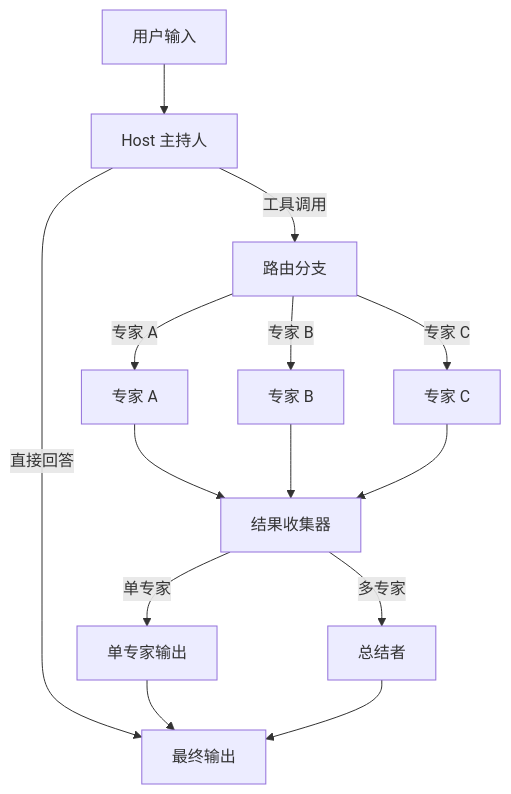
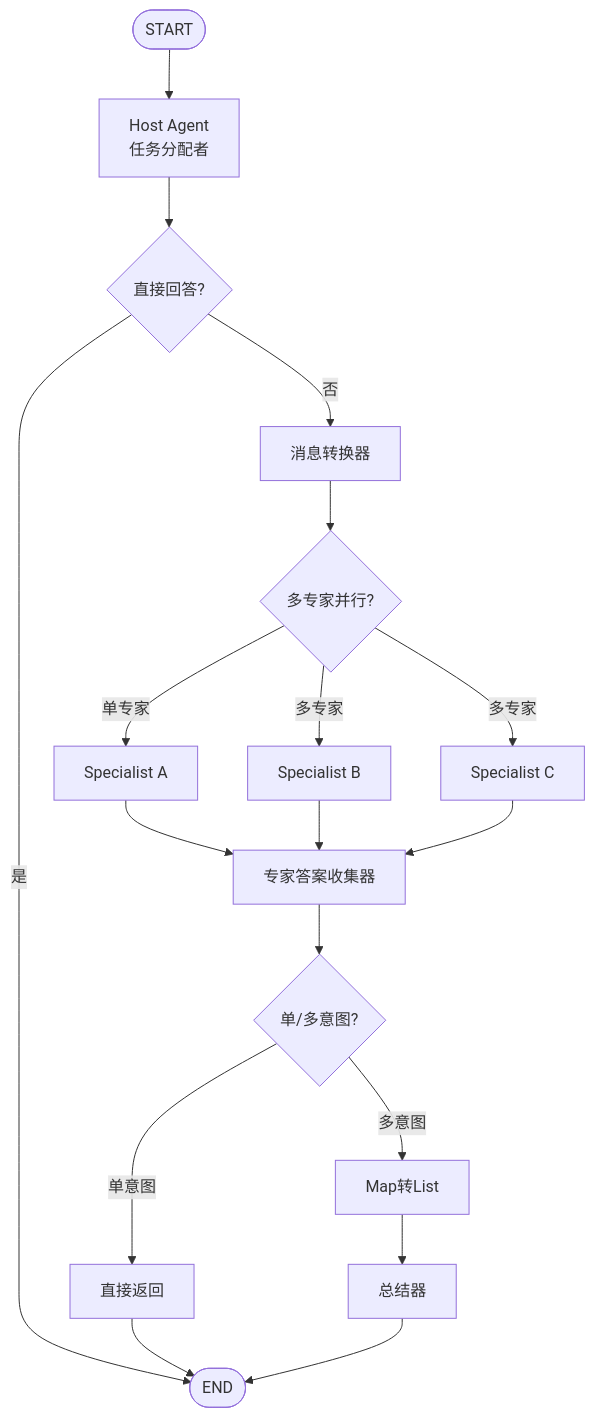
The first of 2 diagrams in public/eino-docs/Flow Multi-Agent Host.md (nerdneilsfield/code-wiki-pages), drawn with Mermaid before and after one commit. The commit also changed other lines of this file and 277 other files, not shown here.

````diff
--- a/public/eino-docs/Flow Multi-Agent Host.md
+++ b/public/eino-docs/Flow Multi-Agent Host.md
@@ -56,16 +63,20 @@
 ```mermaid
 graph TD
-    Input[用户输入] --> Host[Host 主持人]
-    Host -->|直接回答| End[最终输出]
-    Host -->|工具调用| Router[路由分支]
-    Router -->|专家 A| SpecialistA[专家 A]
-    Router -->|专家 B| SpecialistB[专家 B]
-    Router -->|专家 C| SpecialistC[专家 C]
-    SpecialistA --> Collector[结果收集器]
-    SpecialistB --> Collector
-    SpecialistC --> Collector
-    Collector -->|单专家| SingleOutput[单专家输出]
-    Collector -->|多专家| Summarizer[总结者]
-    SingleOutput --> End
+    Start([START]) --> Host[Host Agent<br/>任务分配者]
+    Host --> Direct{直接回答?}
+    Direct -->|是| End([END])
+    Direct -->|否| Converter[消息转换器]
+    Converter --> MultiBranch{多专家并行?}
+    MultiBranch -->|单专家| Specialist1[Specialist A]
+    MultiBranch -->|多专家| Specialist2[Specialist B]
+    MultiBranch -->|多专家| Specialist3[Specialist C]
+    Specialist1 --> Collector[专家答案收集器]
+    Specialist2 --> Collector
+    Specialist3 --> Collector
+    Collector --> AfterBranch{单/多意图?}
+    AfterBranch -->|单意图| Single[直接返回]
+    AfterBranch -->|多意图| Map2List[Map转List]
+    Map2List --> Summarizer[总结器]
+    Single --> End
     Summarizer --> End
 ```
````
